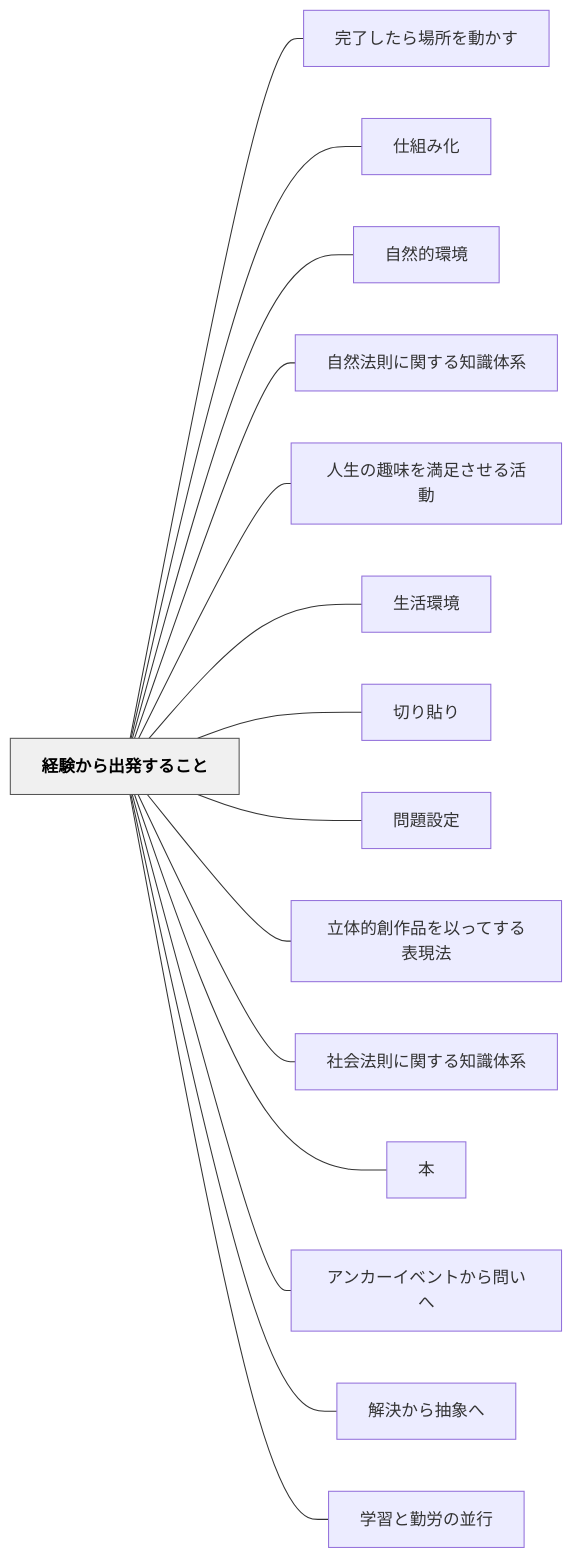
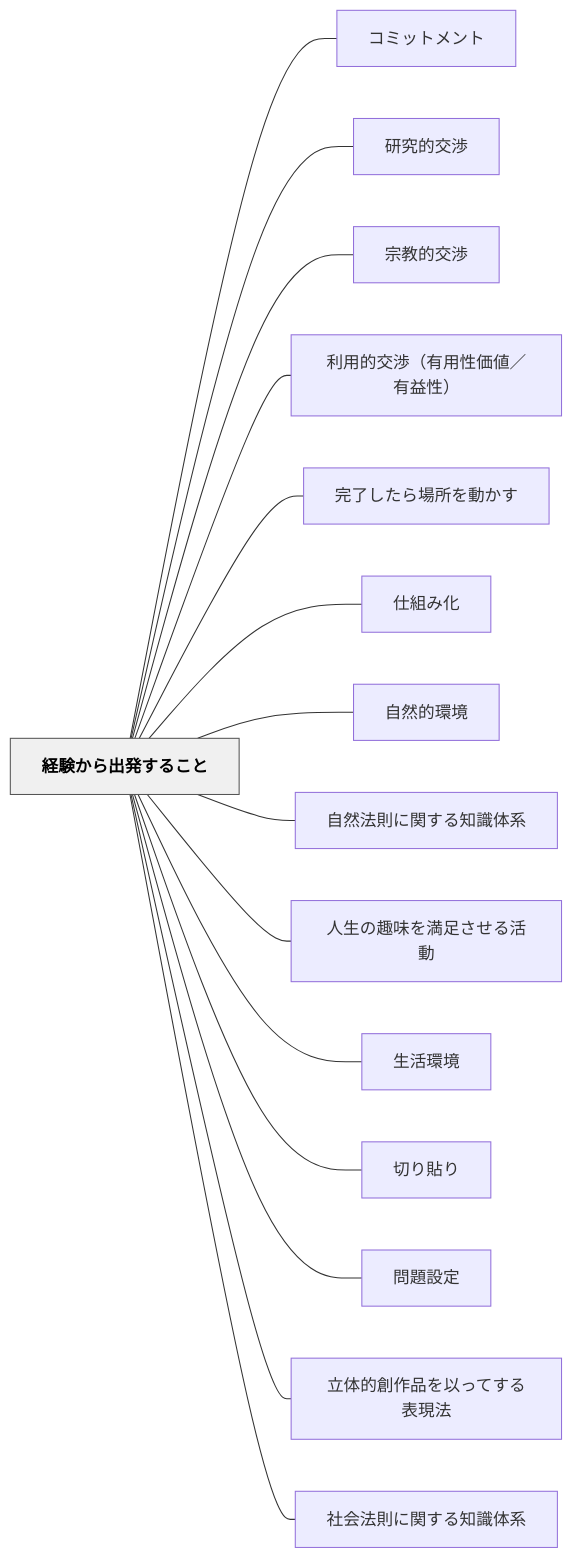
Before and after one commit to unknownthings-ed-patterns/unknownthings-ed-patterns: the diagram in content/パタン/経験から出発すること.md, drawn with Mermaid. The commit also changed other lines of this file and 38 other files, not shown here.

````diff
--- a/content/パタン/経験から出発すること.md
+++ b/content/パタン/経験から出発すること.md
@@ -140,36 +144,36 @@
 ```mermaid
 flowchart LR
     ne7b58ce9a893e3818be38289e587bae799bae38199e3828be38193e381a8["経験から出発すること"]
+    ne382b3e3839fe38383e38388e383a1e383b3e38388["コミットメント"]
+    ne7a094e7a9b6e79a84e4baa4e6b889["研究的交渉"]
+    ne5ae97e69599e79a84e4baa4e6b889["宗教的交渉"]
+    ne588a9e794a8e79a84e4baa4e6b889efbc88e69c89e794a8e680a7e4bea1e580a4efbc8fe69c89e79b8ae680a7efbc89["利用的交渉（有用性価値／有益性）"]
     ne5ae8ce4ba86e38197e3819fe38289e5a0b4e68980e38292e58b95e3818be38199["完了したら場所を動かす"]
     ne4bb95e7b584e381bfe58c96["仕組み化"]
     ne887aae784b6e79a84e792b0e5a283["自然的環境"]
     ne887aae784b6e6b395e58987e381abe996a2e38199e3828be79fa5e8ad98e4bd93e7b3bb["自然法則に関する知識体系"]
     ne4babae7949fe381aee8b6a3e591b3e38292e6ba80e8b6b3e38195e3819be3828be6b4bbe58b95["人生の趣味を満足させる活動"]
     ne7949fe6b4bbe792b0e5a283["生活環境"]
     ne58887e3828ae8b2bce3828a["切り貼り"]
     ne5958fe9a18ce8a8ade5ae9a["問題設定"]
     ne7ab8be4bd93e79a84e589b5e4bd9ce59381e38292e4bba5e381a3e381a6e38199e3828be8a1a8e78fbee6b395["立体的創作品を以ってする表現法"]
     ne7a4bee4bc9ae6b395e58987e381abe996a2e38199e3828be79fa5e8ad98e4bd93e7b3bb["社会法則に関する知識体系"]
-    ne69cac["本"]
-    ne382a2e383b3e382abe383bce382a4e38399e383b3e38388e3818be38289e5958fe38184e381b8["アンカーイベントから問いへ"]
-    ne8a7a3e6b1bae3818be38289e68abde8b1a1e381b8["解決から抽象へ"]
-    ne5ada6e7bf92e381a8e58ba4e58ab4e381aee4b8a6e8a18c["学習と勤労の並行"]
 
+    ne7b58ce9a893e3818be38289e587bae799bae38199e3828be38193e381a8 --- ne382b3e3839fe38383e38388e383a1e383b3e38388
+    ne7b58ce9a893e3818be38289e587bae799bae38199e3828be38193e381a8 --- ne7a094e7a9b6e79a84e4baa4e6b889
+    ne7b58ce9a893e3818be38289e587bae799bae38199e3828be38193e381a8 --- ne5ae97e69599e79a84e4baa4e6b889
+    ne7b58ce9a893e3818be38289e587bae799bae38199e3828be38193e381a8 --- ne588a9e794a8e79a84e4baa4e6b889efbc88e69c89e794a8e680a7e4bea1e580a4efbc8fe69c89e79b8ae680a7efbc89
     ne7b58ce9a893e3818be38289e587bae799bae38199e3828be38193e381a8 --- ne5ae8ce4ba86e38197e3819fe38289e5a0b4e68980e38292e58b95e3818be38199
     ne7b58ce9a893e3818be38289e587bae799bae38199e3828be38193e381a8 --- ne4bb95e7b584e381bfe58c96
     ne7b58ce9a893e3818be38289e587bae799bae38199e3828be38193e381a8 --- ne887aae784b6e79a84e792b0e5a283
     ne7b58ce9a893e3818be38289e587bae799bae38199e3828be38193e381a8 --- ne887aae784b6e6b395e58987e381abe996a2e38199e3828be79fa5e8ad98e4bd93e7b3bb
     ne7b58ce9a893e3818be38289e587bae799bae38199e3828be38193e381a8 --- ne4babae7949fe381aee8b6a3e591b3e38292e6ba80e8b6b3e38195e3819be3828be6b4bbe58b95
     ne7b58ce9a893e3818be38289e587bae799bae38199e3828be38193e381a8 --- ne7949fe6b4bbe792b0e5a283
     ne7b58ce9a893e3818be38289e587bae799bae38199e3828be38193e381a8 --- ne58887e3828ae8b2bce3828a
     ne7b58ce9a893e3818be38289e587bae799bae38199e3828be38193e381a8 --- ne5958fe9a18ce8a8ade5ae9a
     ne7b58ce9a893e3818be38289e587bae799bae38199e3828be38193e381a8 --- ne7ab8be4bd93e79a84e589b5e4bd9ce59381e38292e4bba5e381a3e381a6e38199e3828be8a1a8e78fbee6b395
     ne7b58ce9a893e3818be38289e587bae799bae38199e3828be38193e381a8 --- ne7a4bee4bc9ae6b395e58987e381abe996a2e38199e3828be79fa5e8ad98e4bd93e7b3bb
-    ne7b58ce9a893e3818be38289e587bae799bae38199e3828be38193e381a8 --- ne69cac
-    ne7b58ce9a893e3818be38289e587bae799bae38199e3828be38193e381a8 --- ne382a2e383b3e382abe383bce382a4e38399e383b3e38388e3818be38289e5958fe38184e381b8
-    ne7b58ce9a893e3818be38289e587bae799bae38199e3828be38193e381a8 --- ne8a7a3e6b1bae3818be38289e68abde8b1a1e381b8
-    ne7b58ce9a893e3818be38289e587bae799bae38199e3828be38193e381a8 --- ne5ada6e7bf92e381a8e58ba4e58ab4e381aee4b8a6e8a18c
 
     classDef hub fill:#f0f0f0,stroke:#555,color:#000,font-weight:bold
     class ne7b58ce9a893e3818be38289e587bae799bae38199e3828be38193e381a8 hub
 ```
````
